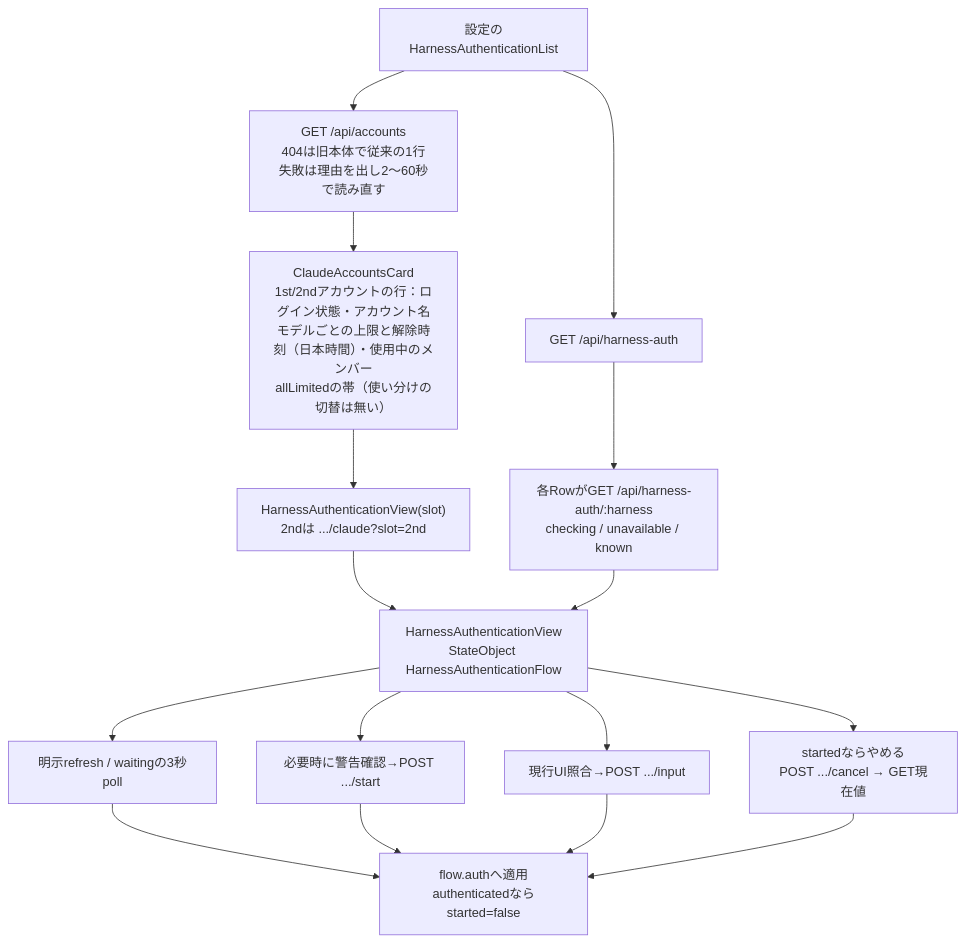
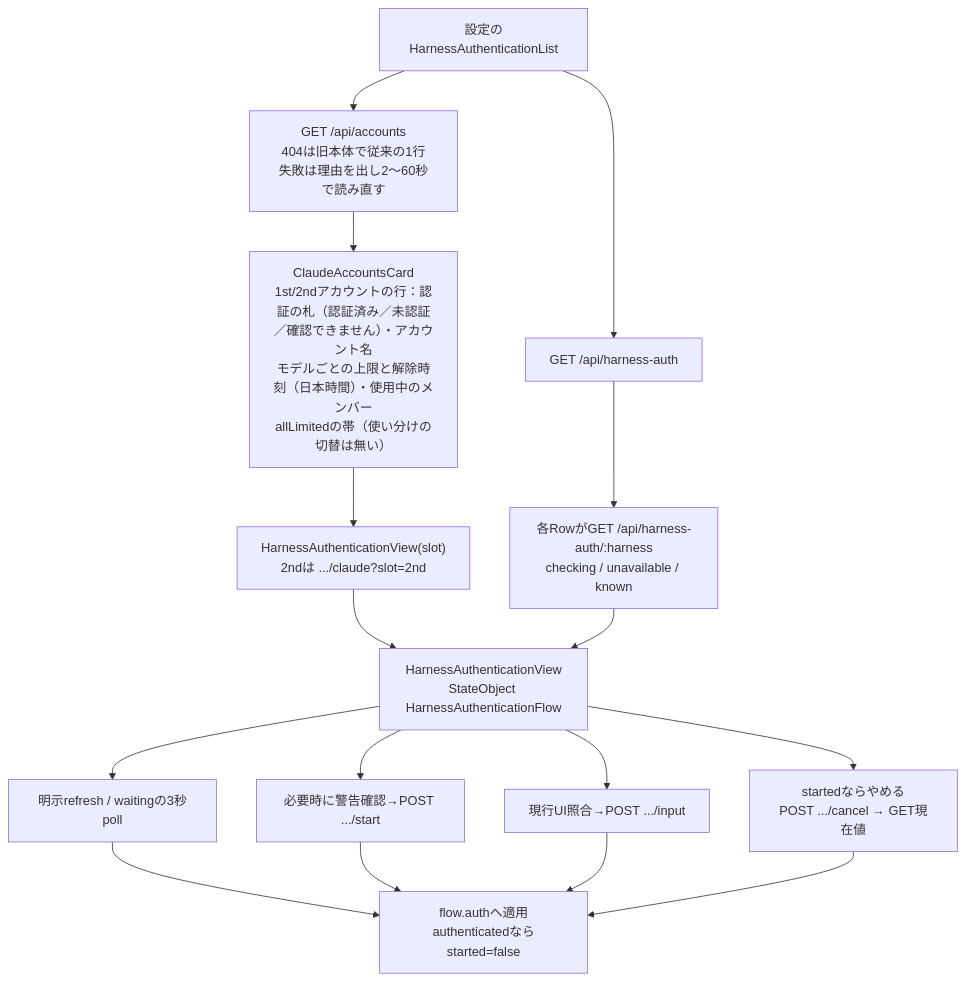
The fourth of 4 diagrams in docs/architecture/modules/apple/requests-and-auth.md (kitepon/BellTeam), drawn with Mermaid before and after one commit. The commit also changed 1 other file, not shown here.

Commit message:
Apple accounts card: per-slot 認証済み badge and the shared button wording
Each Claude slot row shows the same badge as the other harness rows
(認証済み / 未認証 / 確認できません) and the same button text (認証し直す /
認証する / 確認する), kept on one line so it does not wrap on iPhone.

Claude-Session: https://claude.ai/code/session_01Noy79Fhf6aMDyyX9fNCKYL

````diff
--- a/docs/architecture/modules/apple/requests-and-auth.md
+++ b/docs/architecture/modules/apple/requests-and-auth.md
@@ -92,18 +92,18 @@
 ```mermaid
 flowchart TD
   Settings["設定のHarnessAuthenticationList"] --> List["GET /api/harness-auth"]
   Settings --> Accounts["GET /api/accounts<br/>404は旧本体で従来の1行<br/>失敗は理由を出し2〜60秒で読み直す"]
   List --> Row["各RowがGET /api/harness-auth/:harness<br/>checking / unavailable / known"]
-  Accounts --> Claude["ClaudeAccountsCard<br/>1st/2ndアカウントの行：ログイン状態・アカウント名<br/>モデルごとの上限と解除時刻（日本時間）・使用中のメンバー<br/>allLimitedの帯（使い分けの切替は無い）"]
+  Accounts --> Claude["ClaudeAccountsCard<br/>1st/2ndアカウントの行：認証の札（認証済み／未認証／確認できません）・アカウント名<br/>モデルごとの上限と解除時刻（日本時間）・使用中のメンバー<br/>allLimitedの帯（使い分けの切替は無い）"]
   Claude --> SlotView["HarnessAuthenticationView(slot)<br/>2ndは .../claude?slot=2nd"]
   SlotView --> View
   Row --> View["HarnessAuthenticationView<br/>StateObject HarnessAuthenticationFlow"]
   View --> Read["明示refresh / waitingの3秒poll"]
   View --> Start["必要時に警告確認→POST .../start"]
   View --> Respond["現行UI照合→POST .../input"]
   View --> Cancel["startedならやめる<br/>POST .../cancel → GET現在値"]
   Read --> Auth["flow.authへ適用<br/>authenticatedならstarted=false"]
   Start --> Auth
   Respond --> Auth
   Cancel --> Auth
 ```
````
